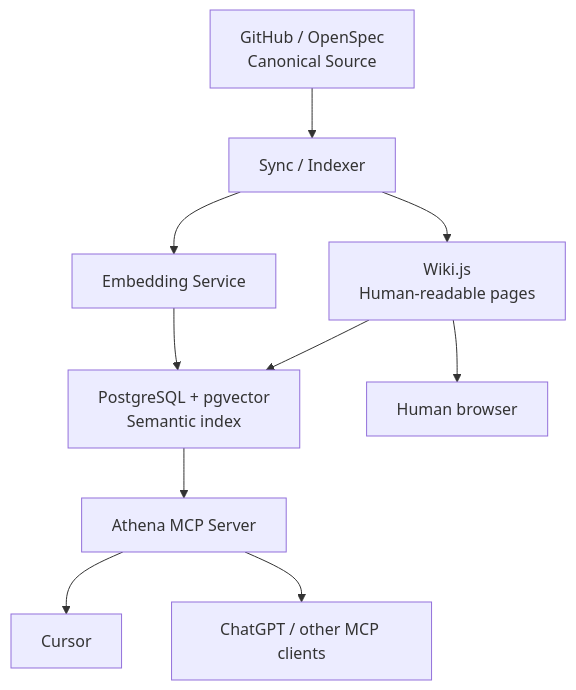
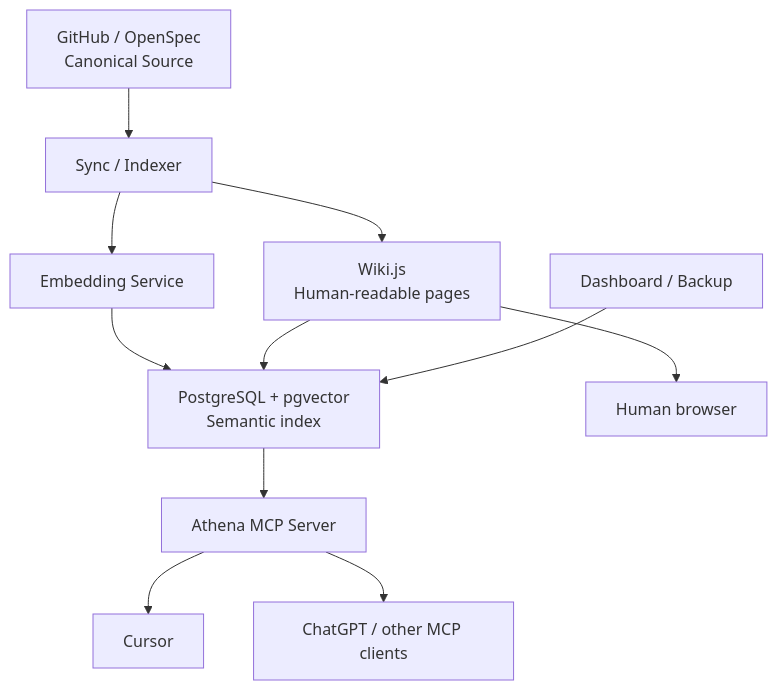
One commit to datarelay-labs/engineering-system-docs changed the first of 2 diagrams in athena.mdx. Above: the diagram before and after it, drawn with Mermaid. The commit also changed other lines of this file, not shown here.

```diff
--- a/athena.mdx
+++ b/athena.mdx
@@ -16,12 +21,13 @@
 ~~~mermaid
 flowchart TB
     G["GitHub / OpenSpec<br/>Canonical Source"] --> S["Sync / Indexer"]
     S --> W["Wiki.js<br/>Human-readable pages"]
     S --> E["Embedding Service"]
     E --> V["PostgreSQL + pgvector<br/>Semantic index"]
     W --> V
     V --> M["Athena MCP Server"]
     M --> C["Cursor"]
     M --> H["ChatGPT / other MCP clients"]
     W --> U["Human browser"]
+    D["Dashboard / Backup"] --> V
 ~~~
```
